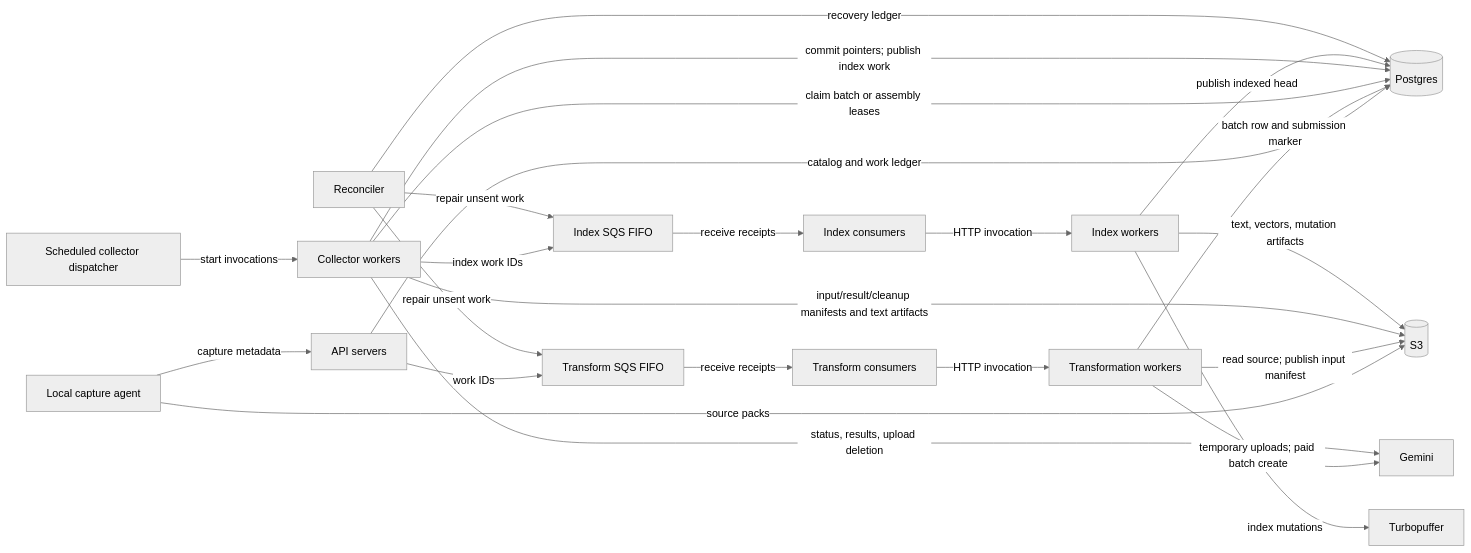
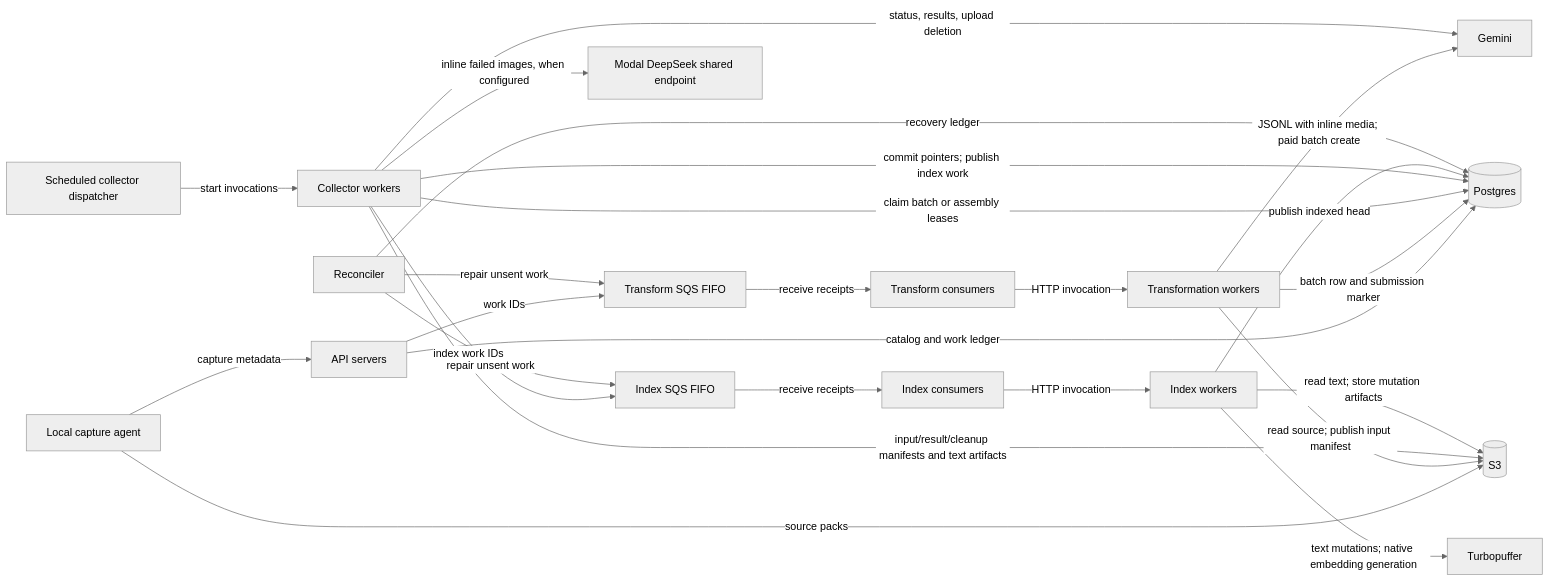
The diagram in docs/provider-batch-manifests.md (suhjohn/pufferfs), drawn with Mermaid (neutral theme) before and after one commit. The commit also changed other lines of this file and 25 other files, not shown here.

Commit message:
Use inline Gemini media and recover failed images with DeepSeek

````diff
--- a/docs/provider-batch-manifests.md
+++ b/docs/provider-batch-manifests.md
@@ -18,26 +19,27 @@
 ```mermaid
 flowchart LR
     L[Local capture agent] -->|capture metadata| A[API servers]
     L -->|source packs| S[(S3)]
     A -->|catalog and work ledger| P[(Postgres)]
     A -->|work IDs| TQ[Transform SQS FIFO]
     TQ -->|receive receipts| TC[Transform consumers]
     TC -->|HTTP invocation| T[Transformation workers]
     T -->|read source; publish input manifest| S
     T -->|batch row and submission marker| P
-    T -->|temporary uploads; paid batch create| G[Gemini]
+    T -->|JSONL with inline media; paid batch create| G[Gemini]
     D[Scheduled collector dispatcher] -->|start invocations| C[Collector workers]
     C -->|claim batch or assembly leases| P
     C -->|status, results, upload deletion| G
+    C -->|inline failed images, when configured| V[Modal DeepSeek shared endpoint]
     C -->|input/result/cleanup manifests and text artifacts| S
     C -->|commit pointers; publish index work| P
     C -->|index work IDs| IQ[Index SQS FIFO]
     IQ -->|receive receipts| IC[Index consumers]
     IC -->|HTTP invocation| I[Index workers]
-    I -->|text, vectors, mutation artifacts| S
-    I -->|index mutations| TP[Turbopuffer]
+    I -->|read text; store mutation artifacts| S
+    I -->|text mutations; native embedding generation| TP[Turbopuffer]
     I -->|publish indexed head| P
     R[Reconciler] -->|repair unsent work| TQ
     R -->|repair unsent work| IQ
     R -->|recovery ledger| P
 ```
````
